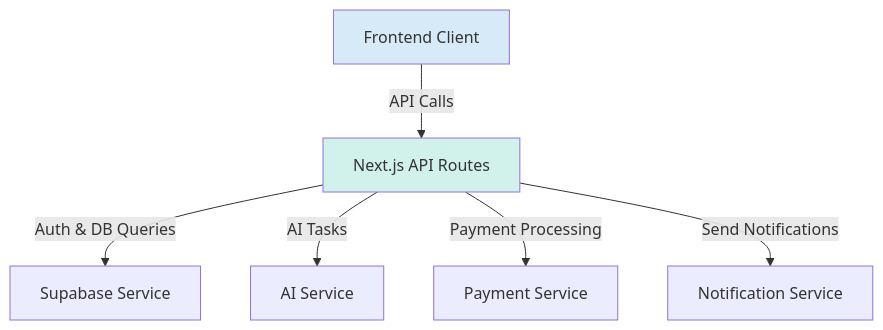
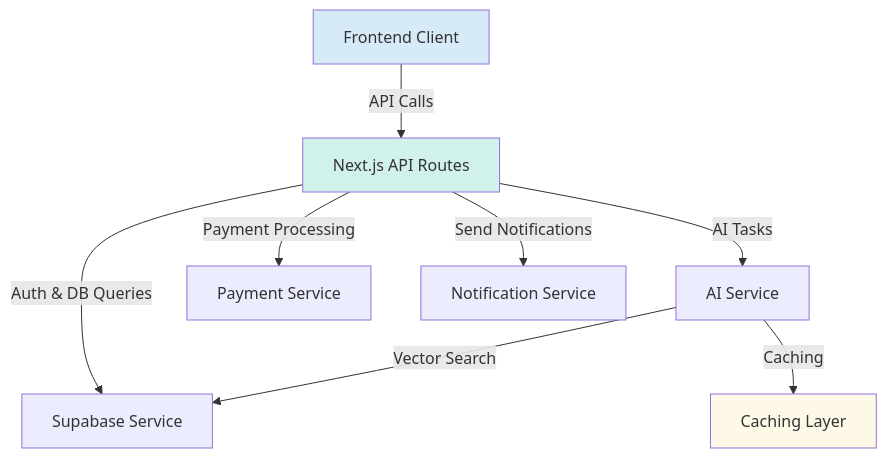
The diagram in docs/architecture/5-system-components.md (dhargitai/lattixiq), drawn with Mermaid before and after one commit. The commit also changed other lines of this file and 3 other files, not shown here.

Commit message:
Update documentation to align with sophisticated roadmap generation implementation - add caching layer, update AI service description, correct API specs, and adjust story complexity

````diff
--- a/docs/architecture/5-system-components.md
+++ b/docs/architecture/5-system-components.md
@@ -51,12 +58,16 @@
 ```mermaid
 graph TD
     UserInterface[Frontend Client] -- API Calls --> APILayer[Next.js API Routes]
-    
+
     APILayer -- Auth & DB Queries --> SupabaseService[Supabase Service]
     APILayer -- AI Tasks --> AIService[AI Service]
     APILayer -- Payment Processing --> PaymentService[Payment Service]
     APILayer -- Send Notifications --> NotificationService[Notification Service]
 
+    AIService -- Caching --> CachingLayer[Caching Layer]
+    AIService -- Vector Search --> SupabaseService
+
     style UserInterface fill:#D6EAF8
     style APILayer fill:#D1F2EB
+    style CachingLayer fill:#FEF9E7
 ```
````
